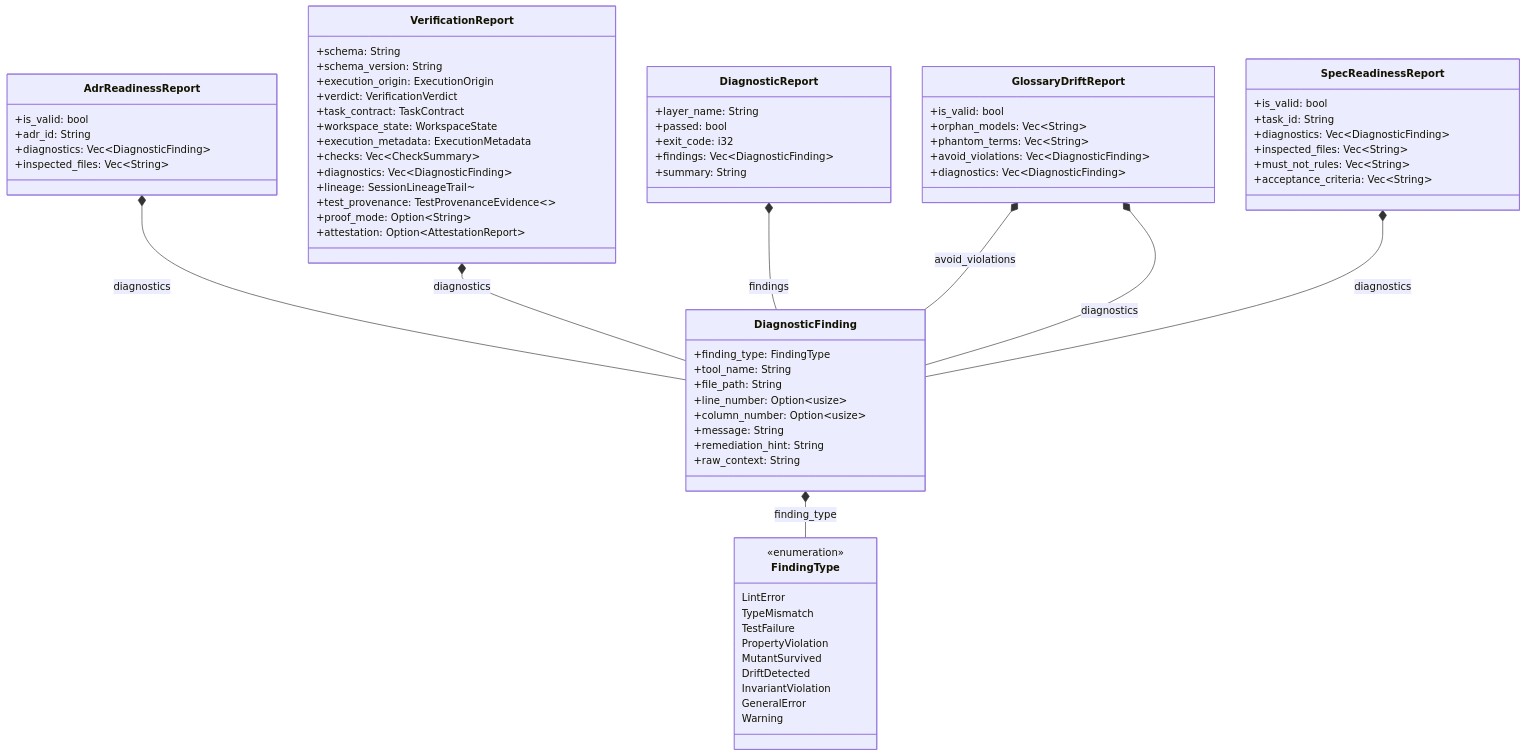
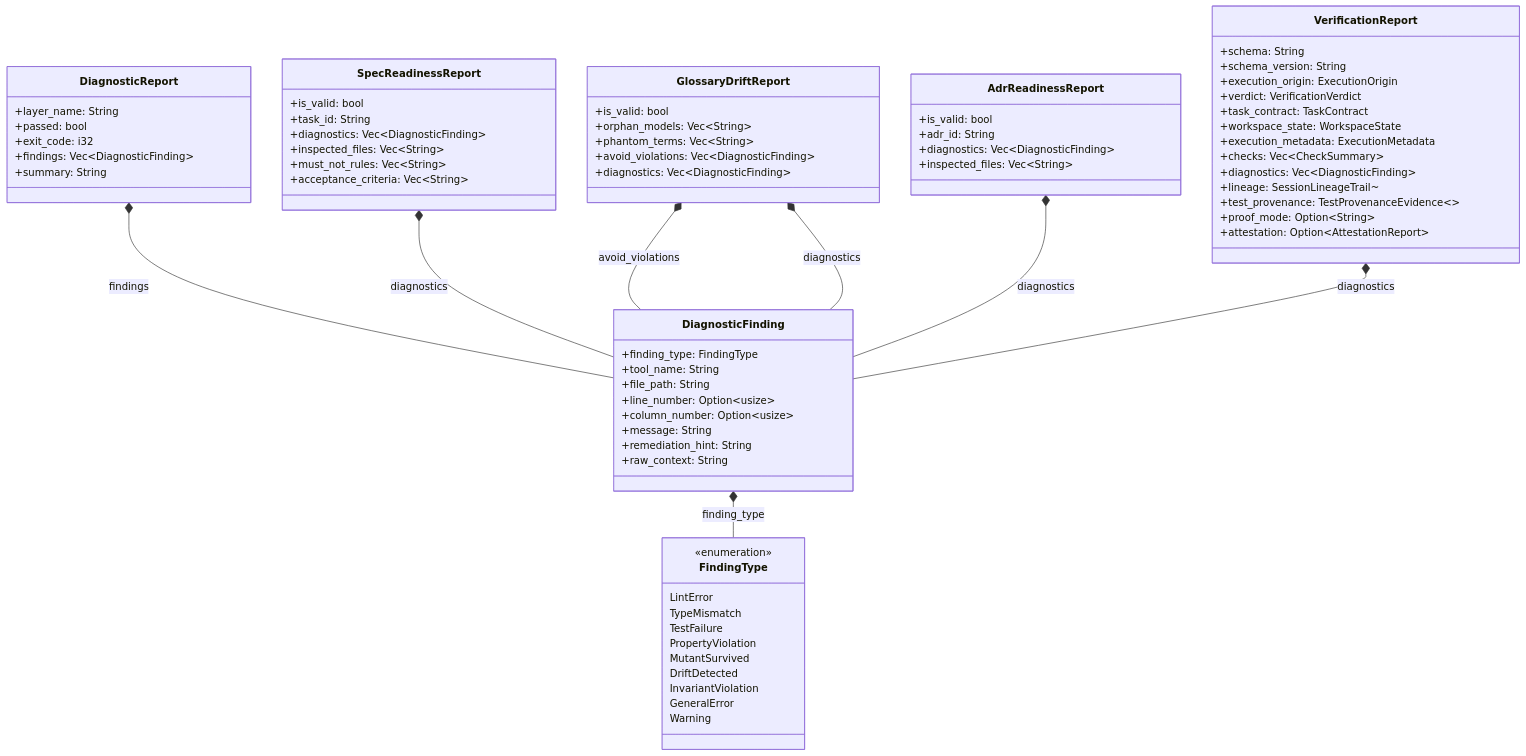
One commit to rolfmadsen/xgauntlet changed the diagram in docs/architecture/diagnostics.md. Above: the diagram before and after it, drawn with Mermaid. The commit also changed other lines of this file and 16 other files, not shown here.

````diff
--- a/docs/architecture/diagnostics.md
+++ b/docs/architecture/diagnostics.md
@@ -84,11 +84,11 @@
         +attestation: Option~AttestationReport~
     }
 
+    DiagnosticReport *-- DiagnosticFinding : findings
+    SpecReadinessReport *-- DiagnosticFinding : diagnostics
+    GlossaryDriftReport *-- DiagnosticFinding : avoid_violations
+    GlossaryDriftReport *-- DiagnosticFinding : diagnostics
     AdrReadinessReport *-- DiagnosticFinding : diagnostics
     DiagnosticFinding *-- FindingType : finding_type
     VerificationReport *-- DiagnosticFinding : diagnostics
-    DiagnosticReport *-- DiagnosticFinding : findings
-    GlossaryDriftReport *-- DiagnosticFinding : avoid_violations
-    GlossaryDriftReport *-- DiagnosticFinding : diagnostics
-    SpecReadinessReport *-- DiagnosticFinding : diagnostics
 ```
````
